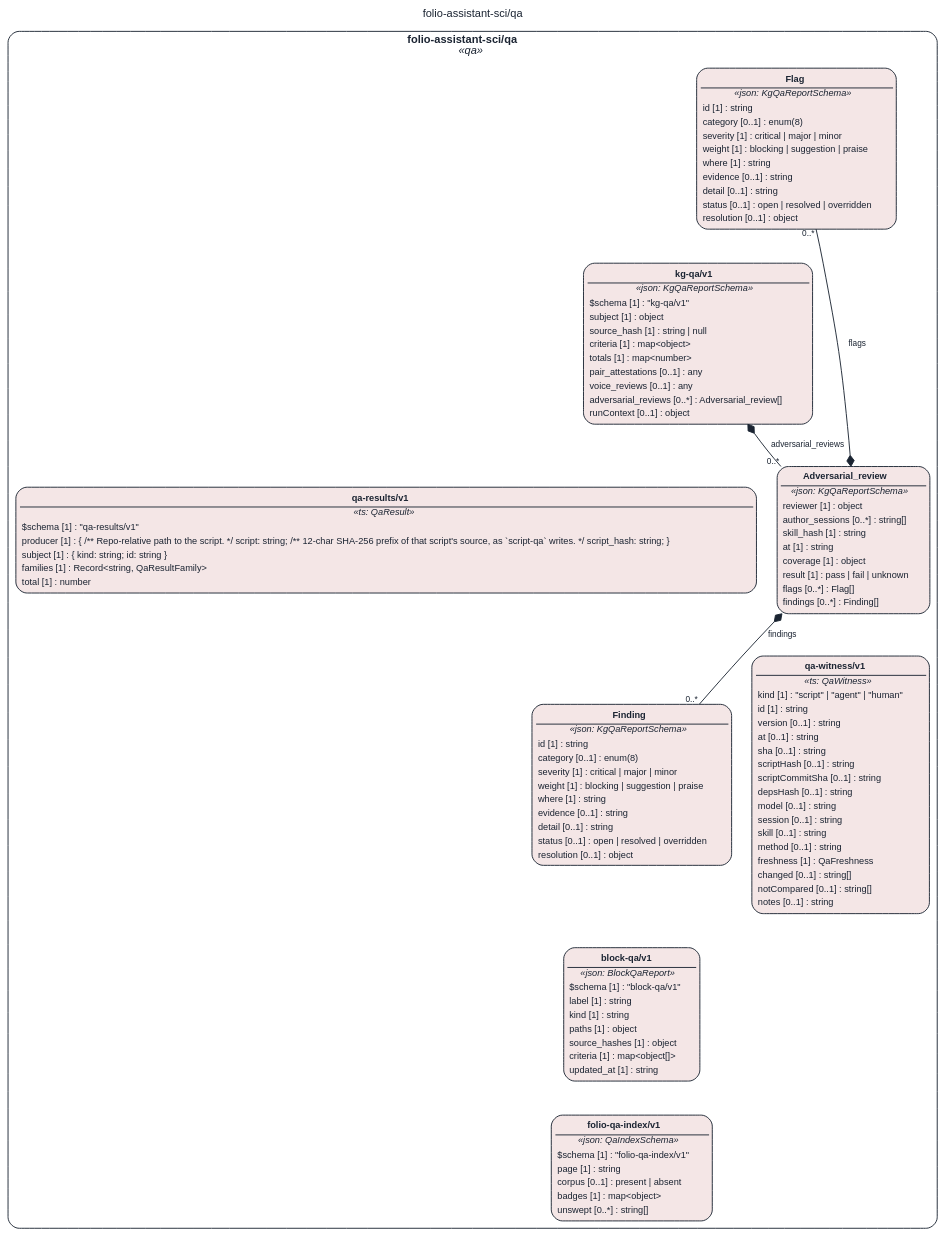
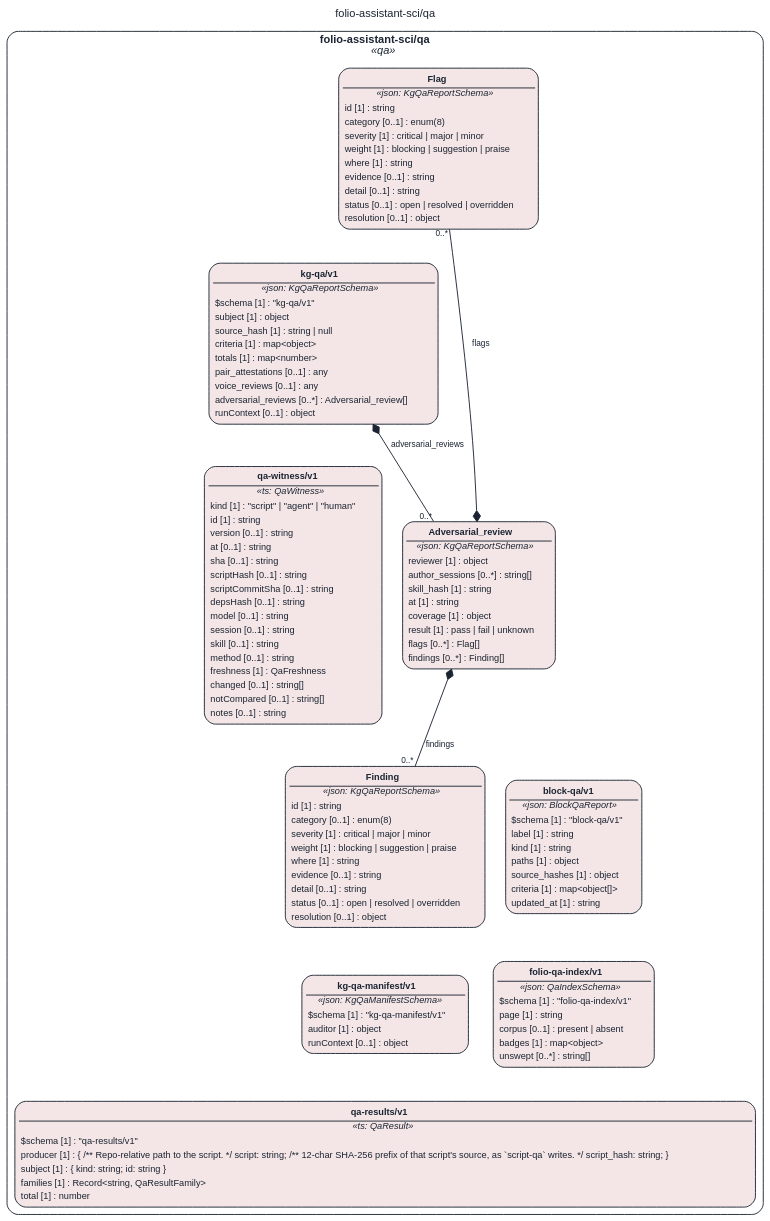
Before and after one commit to litlfred/folio-assistant: the diagram in STAGING/claude-repin-layers-green/assets/img/uml/overview/folio-assistant-sci/qa.dot, drawn with Graphviz. The commit also changed 11268 other files, not shown here.

```diff
--- a/STAGING/claude-repin-layers-green/assets/img/uml/overview/folio-assistant-sci/qa.dot
+++ b/STAGING/claude-repin-layers-green/assets/img/uml/overview/folio-assistant-sci/qa.dot
@@ -1,26 +1,28 @@
 // GENERATED by cat-harness-tools/scripts/gen-uml-overview.ts — do not edit.
 // Rendered page (interactive view, same model): https://litlfred.github.io/folio-assistant/uml/overview/folio-assistant-sci/qa.html
 digraph "folio_assistant_sci_qa" {
   graph [label="folio-assistant-sci/qa", labelloc=t, fontname="Helvetica", fontsize=12, fontcolor="#1b2432", newrank=true, ratio=auto, nodesep=0.3, ranksep=0.5, bgcolor="transparent"];
   node [shape=box, style="rounded,filled", margin=0.05, fontname="Helvetica", fontsize=10, color="#1b2432", fontcolor="#1b2432"];
   edge [color="#1b2432", fontcolor="#1b2432", fontname="Helvetica", fontsize=9];
   subgraph "cluster_pkg_folio_assistant_sci_qa" {
     label=<<b>folio-assistant-sci/qa</b><br/><i>«qa»</i>>; style="rounded"; color="#1b2432"; class="fa_uml_subgraph";
     "folio_assistant_sci_qa_kg_qa_v1_Flag" [fillcolor="#f4e6e6", class="fa_uml_kind_qa", label=<<table border="0" cellborder="0" cellspacing="0" cellpadding="2"><tr><td border="1" sides="b"><b>Flag</b></td></tr><tr><td><i>«json: KgQaReportSchema»</i></td></tr><tr><td align="left">id [1] : string</td></tr><tr><td align="left">category [0..1] : enum(8)</td></tr><tr><td align="left">severity [1] : critical | major | minor</td></tr><tr><td align="left">weight [1] : blocking | suggestion | praise</td></tr><tr><td align="left">where [1] : string</td></tr><tr><td align="left">evidence [0..1] : string</td></tr><tr><td align="left">detail [0..1] : string</td></tr><tr><td align="left">status [0..1] : open | resolved | overridden</td></tr><tr><td align="left">resolution [0..1] : object</td></tr></table>>];
     "folio_assistant_sci_qa_kg_qa_v1_Finding" [fillcolor="#f4e6e6", class="fa_uml_kind_qa", label=<<table border="0" cellborder="0" cellspacing="0" cellpadding="2"><tr><td border="1" sides="b"><b>Finding</b></td></tr><tr><td><i>«json: KgQaReportSchema»</i></td></tr><tr><td align="left">id [1] : string</td></tr><tr><td align="left">category [0..1] : enum(8)</td></tr><tr><td align="left">severity [1] : critical | major | minor</td></tr><tr><td align="left">weight [1] : blocking | suggestion | praise</td></tr><tr><td align="left">where [1] : string</td></tr><tr><td align="left">evidence [0..1] : string</td></tr><tr><td align="left">detail [0..1] : string</td></tr><tr><td align="left">status [0..1] : open | resolved | overridden</td></tr><tr><td align="left">resolution [0..1] : object</td></tr></table>>];
     "folio_assistant_sci_qa_kg_qa_v1_Adversarial_review" [fillcolor="#f4e6e6", class="fa_uml_kind_qa", label=<<table border="0" cellborder="0" cellspacing="0" cellpadding="2"><tr><td border="1" sides="b"><b>Adversarial_review</b></td></tr><tr><td><i>«json: KgQaReportSchema»</i></td></tr><tr><td align="left">reviewer [1] : object</td></tr><tr><td align="left">author_sessions [0..*] : string[]</td></tr><tr><td align="left">skill_hash [1] : string</td></tr><tr><td align="left">at [1] : string</td></tr><tr><td align="left">coverage [1] : object</td></tr><tr><td align="left">result [1] : pass | fail | unknown</td></tr><tr><td align="left">flags [0..*] : Flag[]</td></tr><tr><td align="left">findings [0..*] : Finding[]</td></tr></table>>];
     "folio_assistant_sci_qa_kg_qa_v1_kg_qa_v1" [fillcolor="#f4e6e6", class="fa_uml_kind_qa", label=<<table border="0" cellborder="0" cellspacing="0" cellpadding="2"><tr><td border="1" sides="b"><b>kg-qa/v1</b></td></tr><tr><td><i>«json: KgQaReportSchema»</i></td></tr><tr><td align="left">$schema [1] : &quot;kg-qa/v1&quot;</td></tr><tr><td align="left">subject [1] : object</td></tr><tr><td align="left">source_hash [1] : string | null</td></tr><tr><td align="left">criteria [1] : map&lt;object&gt;</td></tr><tr><td align="left">totals [1] : map&lt;number&gt;</td></tr><tr><td align="left">pair_attestations [0..1] : any</td></tr><tr><td align="left">voice_reviews [0..1] : any</td></tr><tr><td align="left">adversarial_reviews [0..*] : Adversarial_review[]</td></tr><tr><td align="left">runContext [0..1] : object</td></tr></table>>];
+    "folio_assistant_sci_qa_kg_qa_manifest_v1_kg_qa_manifest_v1" [fillcolor="#f4e6e6", class="fa_uml_kind_qa", label=<<table border="0" cellborder="0" cellspacing="0" cellpadding="2"><tr><td border="1" sides="b"><b>kg-qa-manifest/v1</b></td></tr><tr><td><i>«json: KgQaManifestSchema»</i></td></tr><tr><td align="left">$schema [1] : &quot;kg-qa-manifest/v1&quot;</td></tr><tr><td align="left">auditor [1] : object</td></tr><tr><td align="left">runContext [0..1] : object</td></tr></table>>];
     "folio_assistant_sci_qa_block_qa_v1_block_qa_v1" [fillcolor="#f4e6e6", class="fa_uml_kind_qa", label=<<table border="0" cellborder="0" cellspacing="0" cellpadding="2"><tr><td border="1" sides="b"><b>block-qa/v1</b></td></tr><tr><td><i>«json: BlockQaReport»</i></td></tr><tr><td align="left">$schema [1] : &quot;block-qa/v1&quot;</td></tr><tr><td align="left">label [1] : string</td></tr><tr><td align="left">kind [1] : string</td></tr><tr><td align="left">paths [1] : object</td></tr><tr><td align="left">source_hashes [1] : object</td></tr><tr><td align="left">criteria [1] : map&lt;object[]&gt;</td></tr><tr><td align="left">updated_at [1] : string</td></tr></table>>];
     "folio_assistant_sci_qa_qa_witness_v1" [fillcolor="#f4e6e6", class="fa_uml_kind_qa", label=<<table border="0" cellborder="0" cellspacing="0" cellpadding="2"><tr><td border="1" sides="b"><b>qa-witness/v1</b></td></tr><tr><td><i>«ts: QaWitness»</i></td></tr><tr><td align="left">kind [1] : &quot;script&quot; | &quot;agent&quot; | &quot;human&quot;</td></tr><tr><td align="left">id [1] : string</td></tr><tr><td align="left">version [0..1] : string</td></tr><tr><td align="left">at [0..1] : string</td></tr><tr><td align="left">sha [0..1] : string</td></tr><tr><td align="left">scriptHash [0..1] : string</td></tr><tr><td align="left">scriptCommitSha [0..1] : string</td></tr><tr><td align="left">depsHash [0..1] : string</td></tr><tr><td align="left">model [0..1] : string</td></tr><tr><td align="left">session [0..1] : string</td></tr><tr><td align="left">skill [0..1] : string</td></tr><tr><td align="left">method [0..1] : string</td></tr><tr><td align="left">freshness [1] : QaFreshness</td></tr><tr><td align="left">changed [0..1] : string[]</td></tr><tr><td align="left">notCompared [0..1] : string[]</td></tr><tr><td align="left">notes [0..1] : string</td></tr></table>>];
     "folio_assistant_sci_qa_qa_results_v1" [fillcolor="#f4e6e6", class="fa_uml_kind_qa", label=<<table border="0" cellborder="0" cellspacing="0" cellpadding="2"><tr><td border="1" sides="b"><b>qa-results/v1</b></td></tr><tr><td><i>«ts: QaResult»</i></td></tr><tr><td align="left">$schema [1] : &quot;qa-results/v1&quot;</td></tr><tr><td align="left">producer [1] : { /** Repo-relative path to the script. */ script: string; /** 12-char SHA-256 prefix of that script's source, as `script-qa` writes. */ script_hash: string; }</td></tr><tr><td align="left">subject [1] : { kind: string; id: string }</td></tr><tr><td align="left">families [1] : Record&lt;string, QaResultFamily&gt;</td></tr><tr><td align="left">total [1] : number</td></tr></table>>];
     "folio_assistant_sci_qa_folio_qa_index_v1_folio_qa_index_v1" [fillcolor="#f4e6e6", class="fa_uml_kind_qa", label=<<table border="0" cellborder="0" cellspacing="0" cellpadding="2"><tr><td border="1" sides="b"><b>folio-qa-index/v1</b></td></tr><tr><td><i>«json: QaIndexSchema»</i></td></tr><tr><td align="left">$schema [1] : &quot;folio-qa-index/v1&quot;</td></tr><tr><td align="left">page [1] : string</td></tr><tr><td align="left">corpus [0..1] : present | absent</td></tr><tr><td align="left">badges [1] : map&lt;object&gt;</td></tr><tr><td align="left">unswept [0..*] : string[]</td></tr></table>>];
   }
   "folio_assistant_sci_qa_kg_qa_v1_Adversarial_review" -> "folio_assistant_sci_qa_kg_qa_v1_Flag" [dir=both, arrowtail=diamond, arrowhead=none, label="flags", headlabel="0..*", class="fa_uml_composition"];
   "folio_assistant_sci_qa_kg_qa_v1_Adversarial_review" -> "folio_assistant_sci_qa_kg_qa_v1_Finding" [dir=both, arrowtail=diamond, arrowhead=none, label="findings", headlabel="0..*", class="fa_uml_composition"];
   "folio_assistant_sci_qa_kg_qa_v1_kg_qa_v1" -> "folio_assistant_sci_qa_kg_qa_v1_Adversarial_review" [dir=both, arrowtail=diamond, arrowhead=none, label="adversarial_reviews", headlabel="0..*", class="fa_uml_composition"];
   "folio_assistant_sci_qa_kg_qa_v1_Flag" -> "folio_assistant_sci_qa_kg_qa_v1_kg_qa_v1" [style=invis, class="kg-graph-anchor"];
-  "folio_assistant_sci_qa_kg_qa_v1_Finding" -> "folio_assistant_sci_qa_block_qa_v1_block_qa_v1" [style=invis, class="kg-graph-anchor"];
-  "folio_assistant_sci_qa_kg_qa_v1_Adversarial_review" -> "folio_assistant_sci_qa_qa_witness_v1" [style=invis, class="kg-graph-anchor"];
-  "folio_assistant_sci_qa_kg_qa_v1_kg_qa_v1" -> "folio_assistant_sci_qa_qa_results_v1" [style=invis, class="kg-graph-anchor"];
+  "folio_assistant_sci_qa_kg_qa_v1_Finding" -> "folio_assistant_sci_qa_kg_qa_manifest_v1_kg_qa_manifest_v1" [style=invis, class="kg-graph-anchor"];
+  "folio_assistant_sci_qa_kg_qa_v1_Adversarial_review" -> "folio_assistant_sci_qa_block_qa_v1_block_qa_v1" [style=invis, class="kg-graph-anchor"];
+  "folio_assistant_sci_qa_kg_qa_v1_kg_qa_v1" -> "folio_assistant_sci_qa_qa_witness_v1" [style=invis, class="kg-graph-anchor"];
+  "folio_assistant_sci_qa_kg_qa_manifest_v1_kg_qa_manifest_v1" -> "folio_assistant_sci_qa_qa_results_v1" [style=invis, class="kg-graph-anchor"];
   "folio_assistant_sci_qa_block_qa_v1_block_qa_v1" -> "folio_assistant_sci_qa_folio_qa_index_v1_folio_qa_index_v1" [style=invis, class="kg-graph-anchor"];
 }
```
